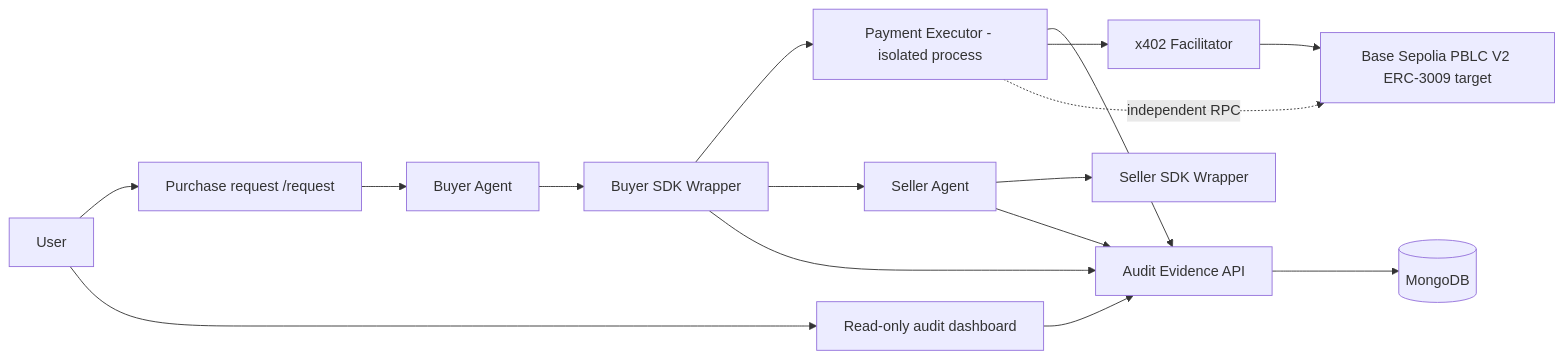
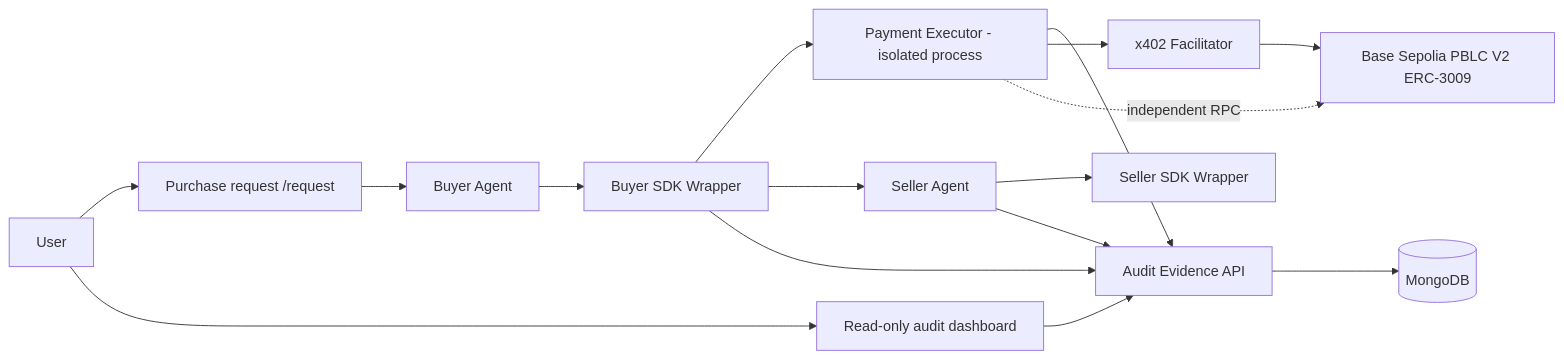
Before and after one commit to codenameVien/ai-agent-payment-audit: the diagram in README.en.md, drawn with Mermaid. The commit also changed other lines of this file and 39 other files, not shown here.

````diff
--- a/README.en.md
+++ b/README.en.md
@@ -43,18 +43,18 @@
 ```mermaid
 flowchart LR
   U[User] --> R[Purchase request /request]
   U --> D[Read-only audit dashboard]
   R --> B[Buyer Agent]
   B --> BW[Buyer SDK Wrapper]
   BW --> P[Payment Executor - isolated process]
   BW --> S[Seller Agent]
   S --> SW[Seller SDK Wrapper]
   BW --> E[Audit Evidence API]
   P --> E
   S --> E
   E --> M[(MongoDB)]
   P --> F[x402 Facilitator]
-  F --> C[Base Sepolia PBLC V2 ERC-3009 target]
+  F --> C[Base Sepolia PBLC V2 ERC-3009]
   P -. independent RPC .-> C
   D --> E
 ```
````
